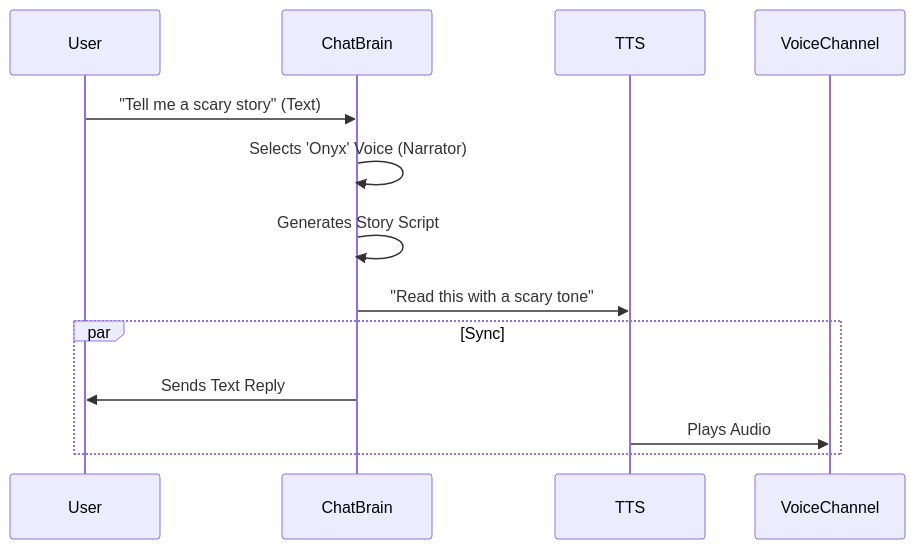
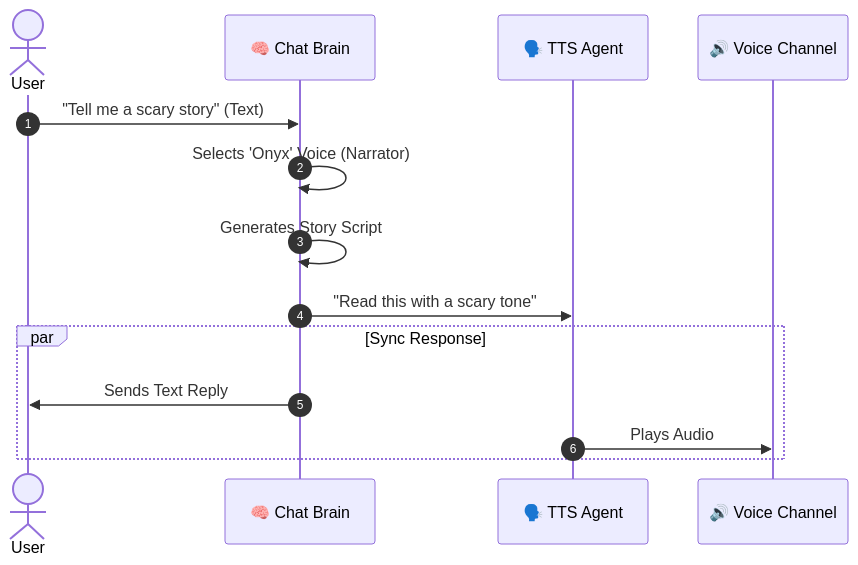
Before and after one commit to BokX1/Sage: the third of 6 diagrams in docs/AGENTIC_ARCHITECTURE.md, drawn with Mermaid. The commit also changed other lines of this file and 10 other files, not shown here.

````diff
--- a/docs/AGENTIC_ARCHITECTURE.md
+++ b/docs/AGENTIC_ARCHITECTURE.md
@@ -171,17 +174,18 @@
 ```mermaid
 sequenceDiagram
-    participant User
-    participant ChatBrain
-    participant TTS
-    participant VoiceChannel
+    autonumber
+    actor User
+    participant ChatBrain as 🧠 Chat Brain
+    participant TTS as 🗣️ TTS Agent
+    participant VoiceChannel as 🔊 Voice Channel
     
     User->>ChatBrain: "Tell me a scary story" (Text)
     ChatBrain->>ChatBrain: Selects 'Onyx' Voice (Narrator)
     ChatBrain->>ChatBrain: Generates Story Script
     ChatBrain->>TTS: "Read this with a scary tone"
     
-    par Sync
+    par Sync Response
         ChatBrain->>User: Sends Text Reply
         TTS->>VoiceChannel: Plays Audio
     end
 ```
````
